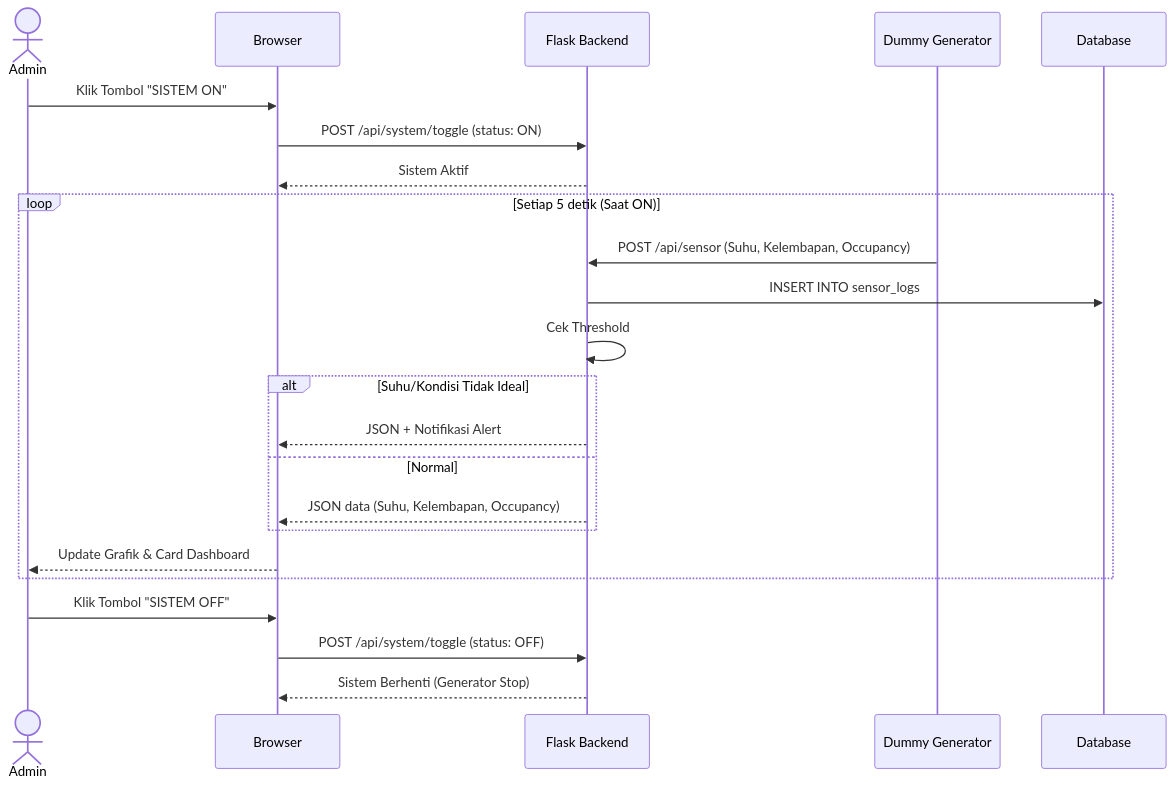
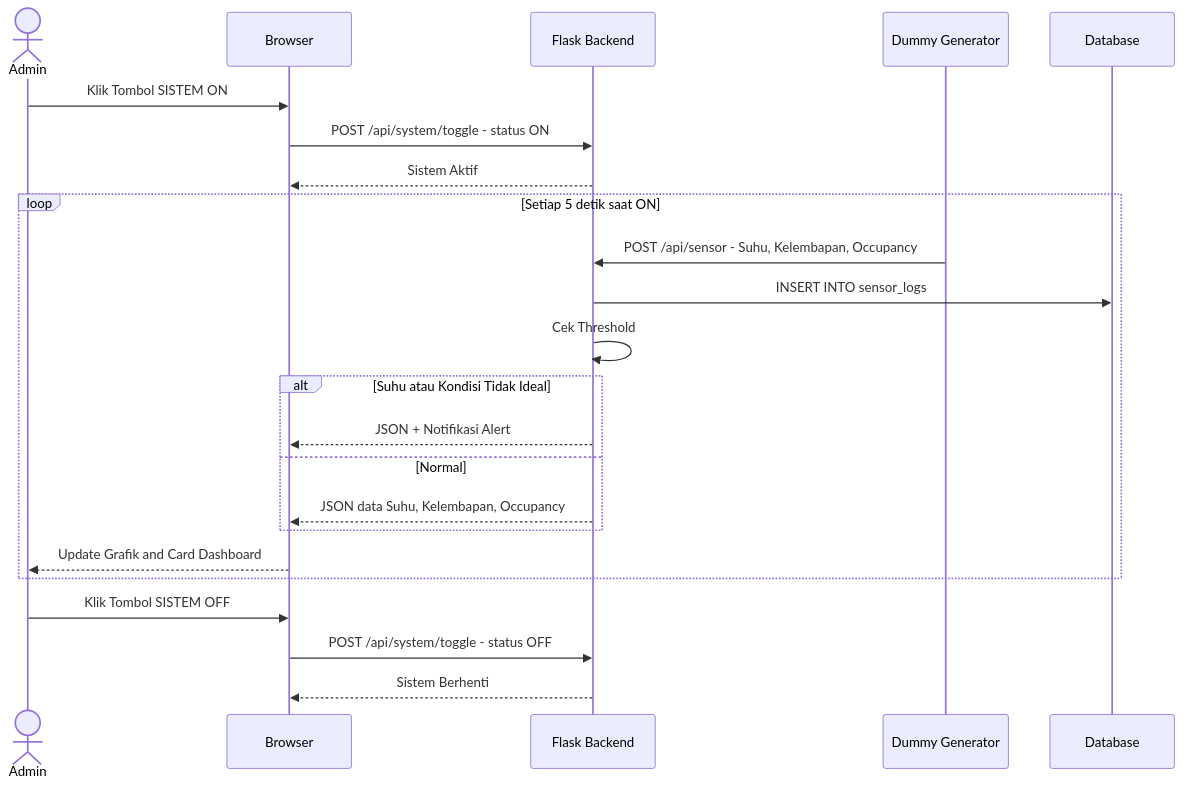
Before and after one commit to RPLUNIT052026/kelompok4-digitaltwin: the third of 5 diagrams in sprint-2/System_Modeling/01-analisis-sistem.md, drawn with Mermaid. The commit also changed other lines of this file, not shown here.

Commit message:
Refine system analysis documentation and terminology
Updated terminology and formatting in the system analysis documentation for clarity and consistency. Improved descriptions of data flow and system states.

````diff
--- a/sprint-2/System_Modeling/01-analisis-sistem.md
+++ b/sprint-2/System_Modeling/01-analisis-sistem.md
@@ -74,30 +74,30 @@
 ```mermaid
 sequenceDiagram
     actor Admin
     participant B as Browser
     participant F as Flask Backend
     participant G as Dummy Generator
     participant D as Database
     
-    Admin->>B: Klik Tombol "SISTEM ON"
-    B->>F: POST /api/system/toggle (status: ON)
+    Admin->>B: Klik Tombol SISTEM ON
+    B->>F: POST /api/system/toggle - status ON
     F-->>B: Sistem Aktif
     
-    loop Setiap 5 detik (Saat ON)
-        G->>F: POST /api/sensor (Suhu, Kelembapan, Occupancy)
+    loop Setiap 5 detik saat ON
+        G->>F: POST /api/sensor - Suhu, Kelembapan, Occupancy
         F->>D: INSERT INTO sensor_logs
         F->>F: Cek Threshold
         
-        alt Suhu/Kondisi Tidak Ideal
+        alt Suhu atau Kondisi Tidak Ideal
             F-->>B: JSON + Notifikasi Alert
         else Normal
-            F-->>B: JSON data (Suhu, Kelembapan, Occupancy)
+            F-->>B: JSON data Suhu, Kelembapan, Occupancy
         end
         
-        B-->>Admin: Update Grafik & Card Dashboard
+        B-->>Admin: Update Grafik and Card Dashboard
     end
     
-    Admin->>B: Klik Tombol "SISTEM OFF"
-    B->>F: POST /api/system/toggle (status: OFF)
-    F-->>B: Sistem Berhenti (Generator Stop)
+    Admin->>B: Klik Tombol SISTEM OFF
+    B->>F: POST /api/system/toggle - status OFF
+    F-->>B: Sistem Berhenti
 ```
````
